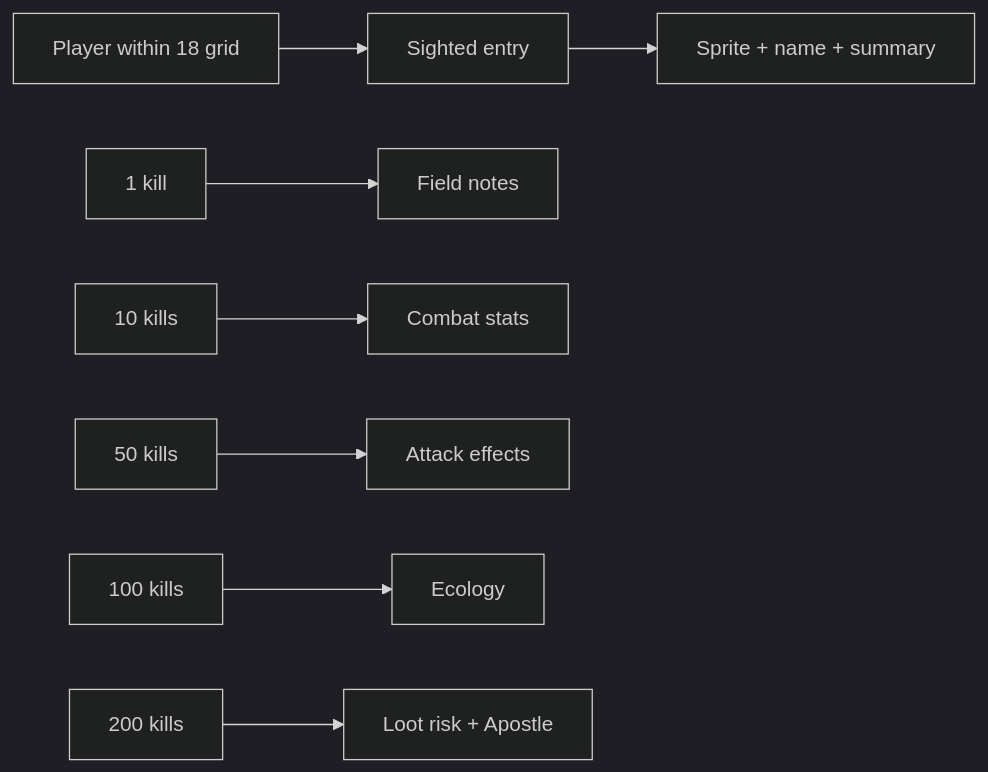
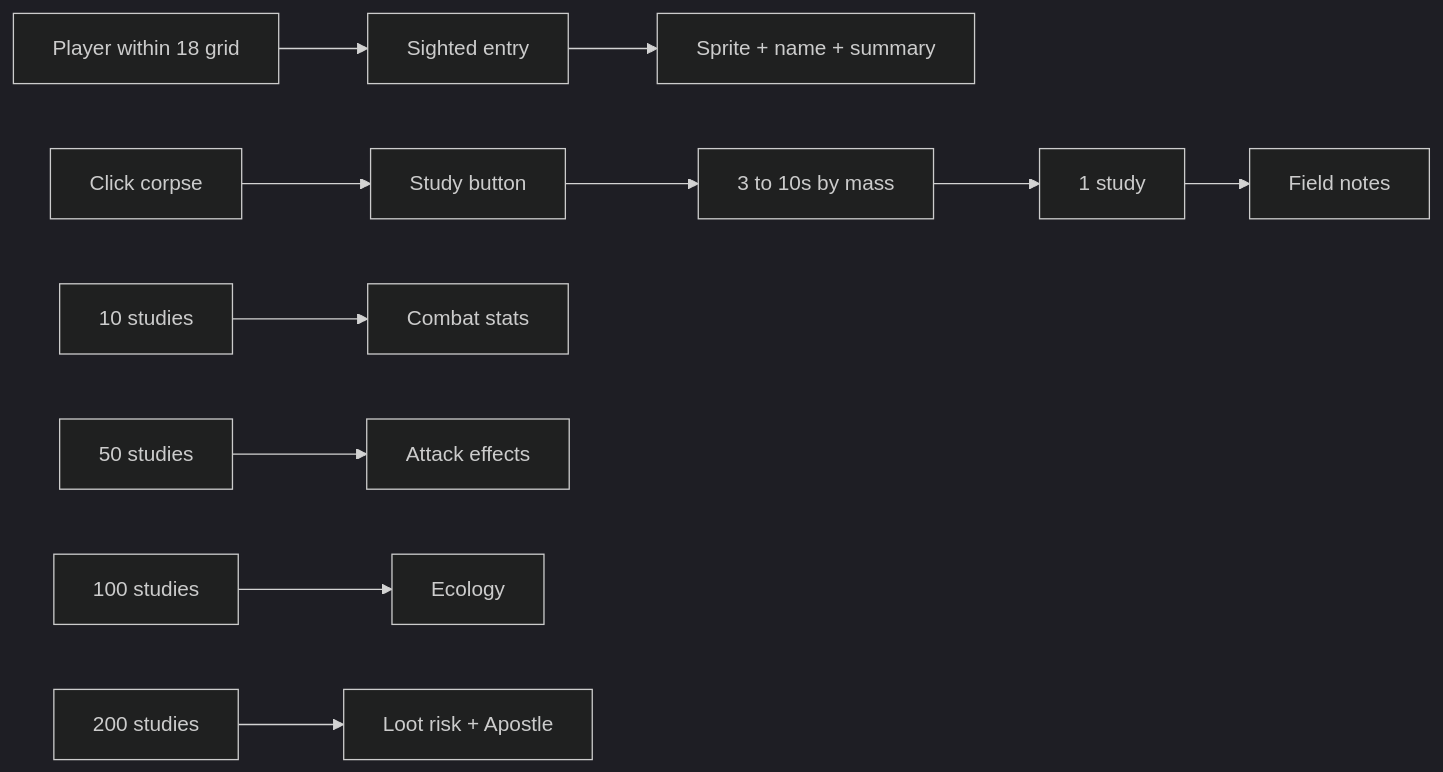
One commit to Jayrr-Dev/reigncraft changed the third of 3 diagrams in gameplay/mechanics/wildlife/mechanics.md. Above: the diagram before and after it, drawn with Mermaid (dark theme). The commit also changed other lines of this file and 134 other files, not shown here.

````diff
--- a/gameplay/mechanics/wildlife/mechanics.md
+++ b/gameplay/mechanics/wildlife/mechanics.md
@@ -297,10 +327,13 @@
 ```mermaid
 flowchart LR
   near[Player within 18 grid] --> sighted[Sighted entry]
   sighted --> card[Sprite + name + summary]
-  kill1[1 kill] --> studied[Field notes]
-  kill10[10 kills] --> combat[Combat stats]
-  kill50[50 kills] --> procs[Attack effects]
-  kill100[100 kills] --> ecology[Ecology]
-  kill200[200 kills] --> full[Loot risk + Apostle]
+  corpse[Click corpse] --> studyBtn[Study button]
+  studyBtn --> channel[3 to 10s by mass]
+  channel --> study1[1 study]
+  study1 --> studied[Field notes]
+  study10[10 studies] --> combat[Combat stats]
+  study50[50 studies] --> procs[Attack effects]
+  study100[100 studies] --> ecology[Ecology]
+  study200[200 studies] --> full[Loot risk + Apostle]
 ```
````
